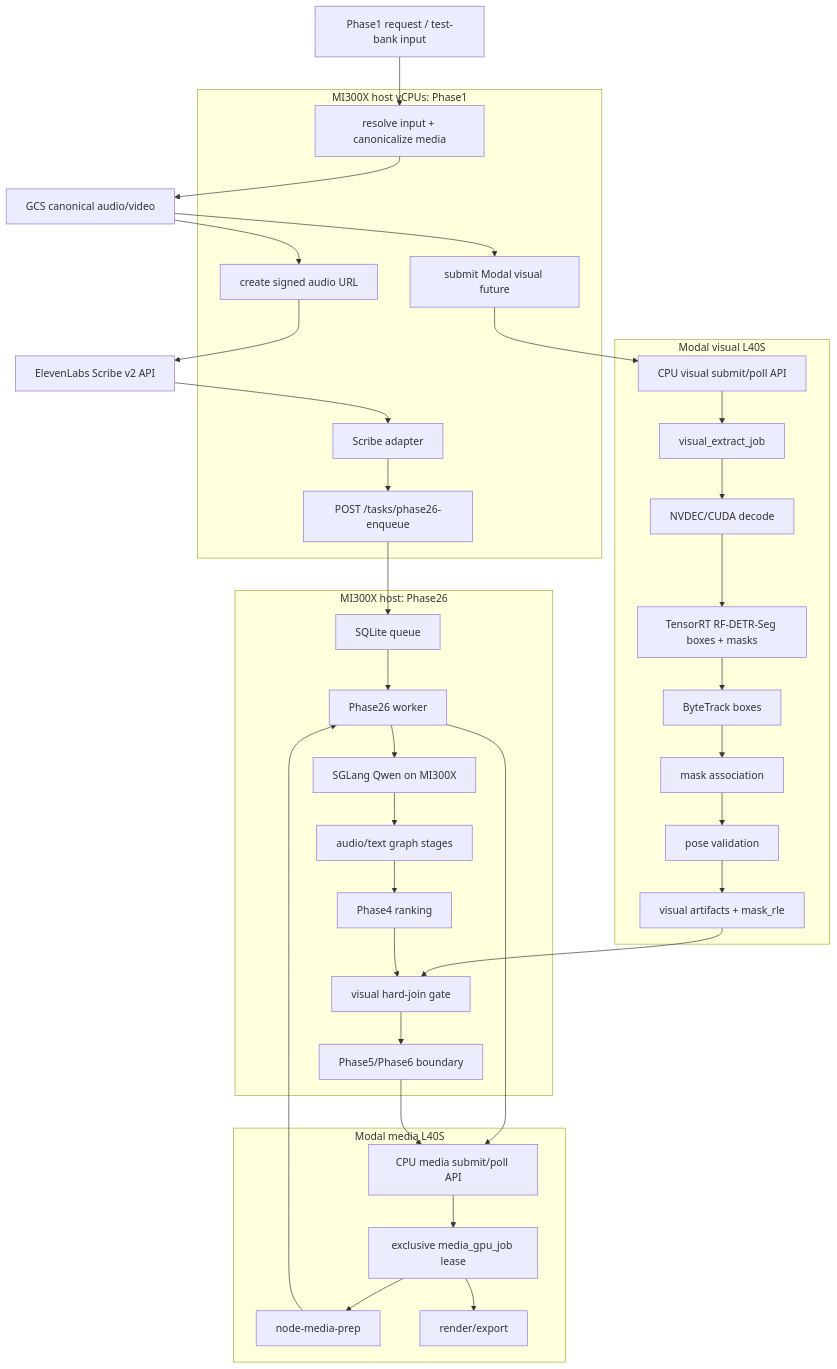
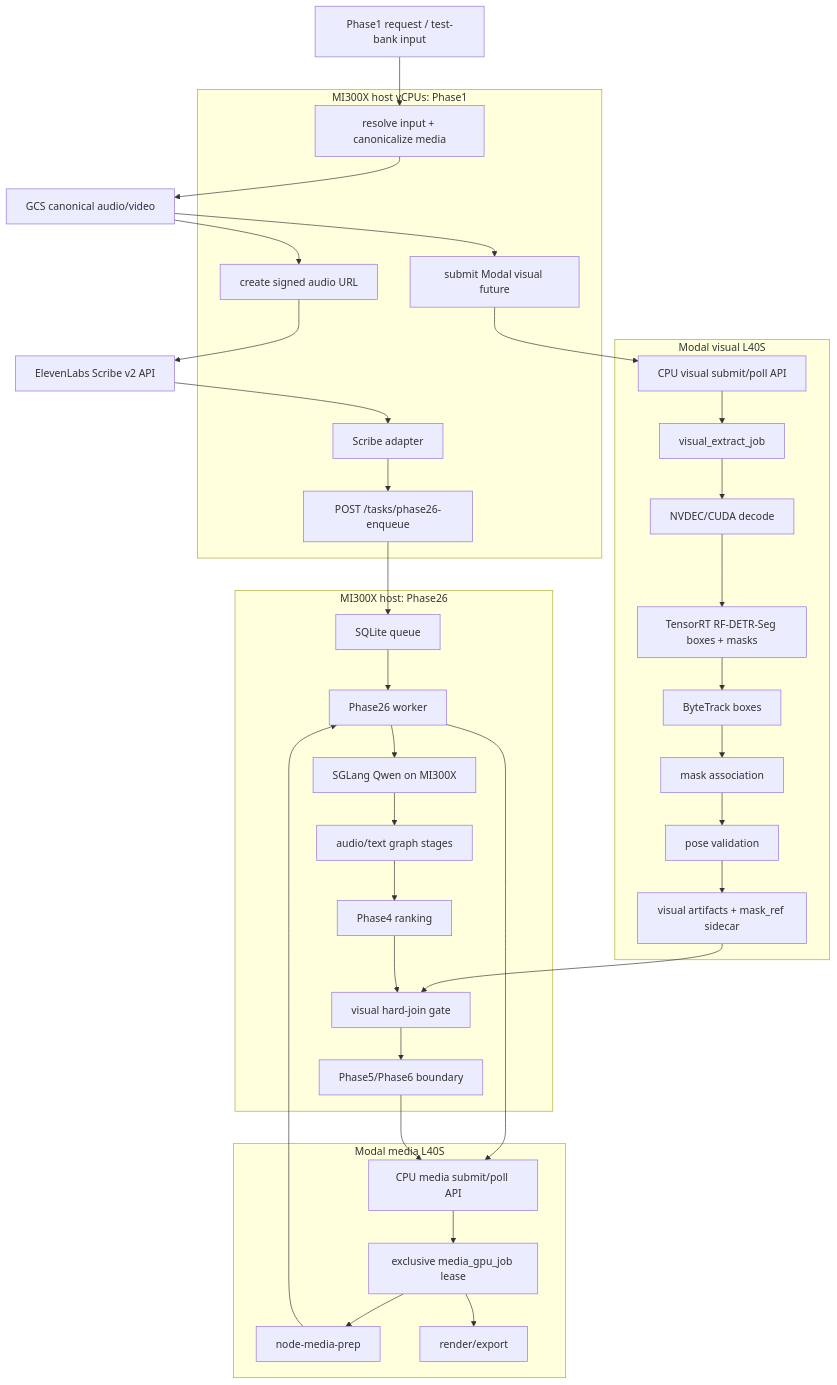
Before and after one commit to ClyptAI/Clypt-Backend: the first of 4 diagrams in docs/specs/2026-05-02_scribe_v2_modal_l40s_phase1_phase26_refactor_spec.md, drawn with Mermaid. The commit also changed other lines of this file and 35 other files, not shown here.

Commit message:
Refine visual artifacts and piecewise Phase6 rendering

````diff
--- a/docs/specs/2026-05-02_scribe_v2_modal_l40s_phase1_phase26_refactor_spec.md
+++ b/docs/specs/2026-05-02_scribe_v2_modal_l40s_phase1_phase26_refactor_spec.md
@@ -104,52 +106,52 @@
 ```mermaid
 flowchart TD
   USER["Phase1 request / test-bank input"]
   GCS["GCS canonical audio/video"]
   SCRIBE["ElevenLabs Scribe v2 API"]
 
   subgraph P1HOST["MI300X host vCPUs: Phase1"]
     INGEST["resolve input + canonicalize media"]
     SIGN["create signed audio URL"]
     VSUB["submit Modal visual future"]
     ADAPT["Scribe adapter"]
     P26POST["POST /tasks/phase26-enqueue"]
   end
 
   subgraph VIS["Modal visual L40S"]
     VAPI["CPU visual submit/poll API"]
     VJOB["visual_extract_job"]
     VDECODE["NVDEC/CUDA decode"]
     VDET["TensorRT RF-DETR-Seg boxes + masks"]
     VTRACK["ByteTrack boxes"]
     VMASK["mask association"]
     VPOSE["pose validation"]
-    VOUT["visual artifacts + mask_rle"]
+    VOUT["visual artifacts + mask_ref sidecar"]
   end
 
   subgraph P26["MI300X host: Phase26"]
     Q["SQLite queue"]
     W["Phase26 worker"]
     SGL["SGLang Qwen on MI300X"]
     AUD["audio/text graph stages"]
     JOIN["visual hard-join gate"]
     RANK["Phase4 ranking"]
     P56["Phase5/Phase6 boundary"]
   end
 
   subgraph MEDIA["Modal media L40S"]
     MAPI["CPU media submit/poll API"]
     LEASE["exclusive media_gpu_job lease"]
     PREP["node-media-prep"]
     RENDER["render/export"]
   end
 
   USER --> INGEST --> GCS
   GCS --> SIGN --> SCRIBE --> ADAPT --> P26POST --> Q --> W
   GCS --> VSUB --> VAPI --> VJOB --> VDECODE --> VDET --> VTRACK --> VMASK --> VPOSE --> VOUT
   W --> SGL --> AUD --> RANK
   VOUT --> JOIN
   RANK --> JOIN --> P56
   W --> MAPI --> LEASE --> PREP --> W
   P56 --> MAPI
   LEASE --> RENDER
 ```
````
